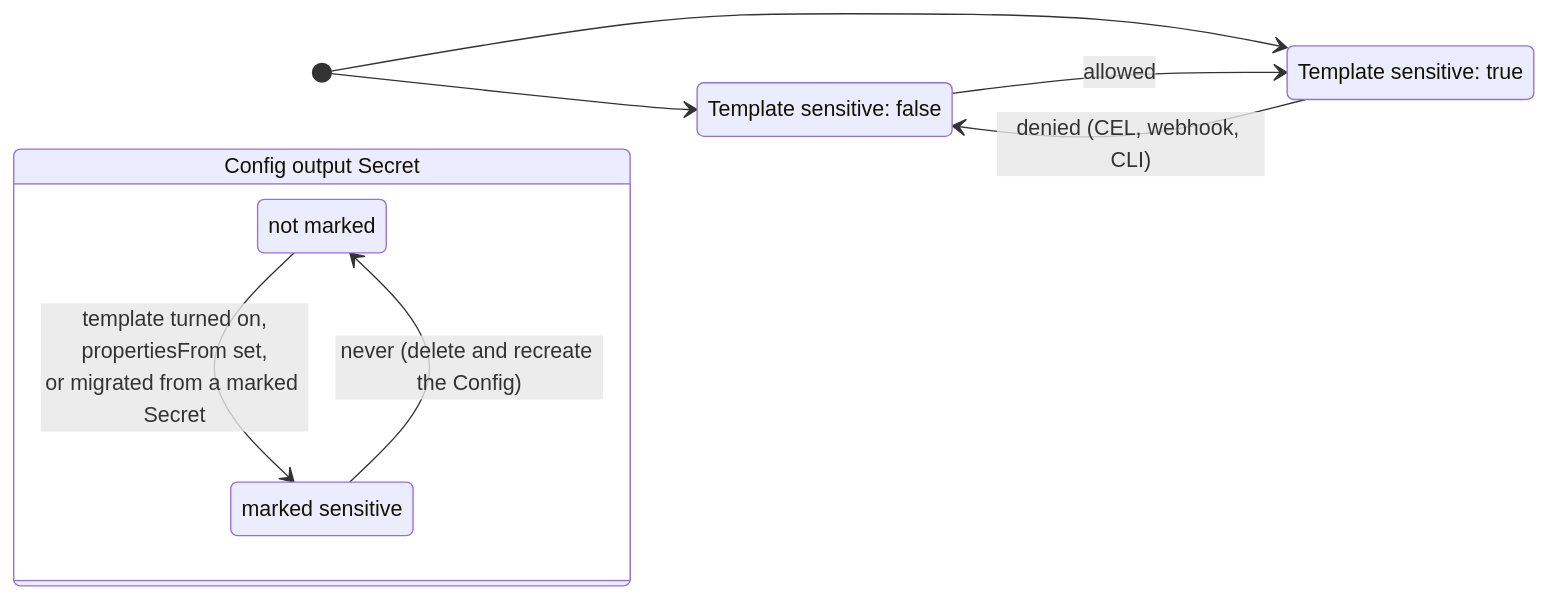
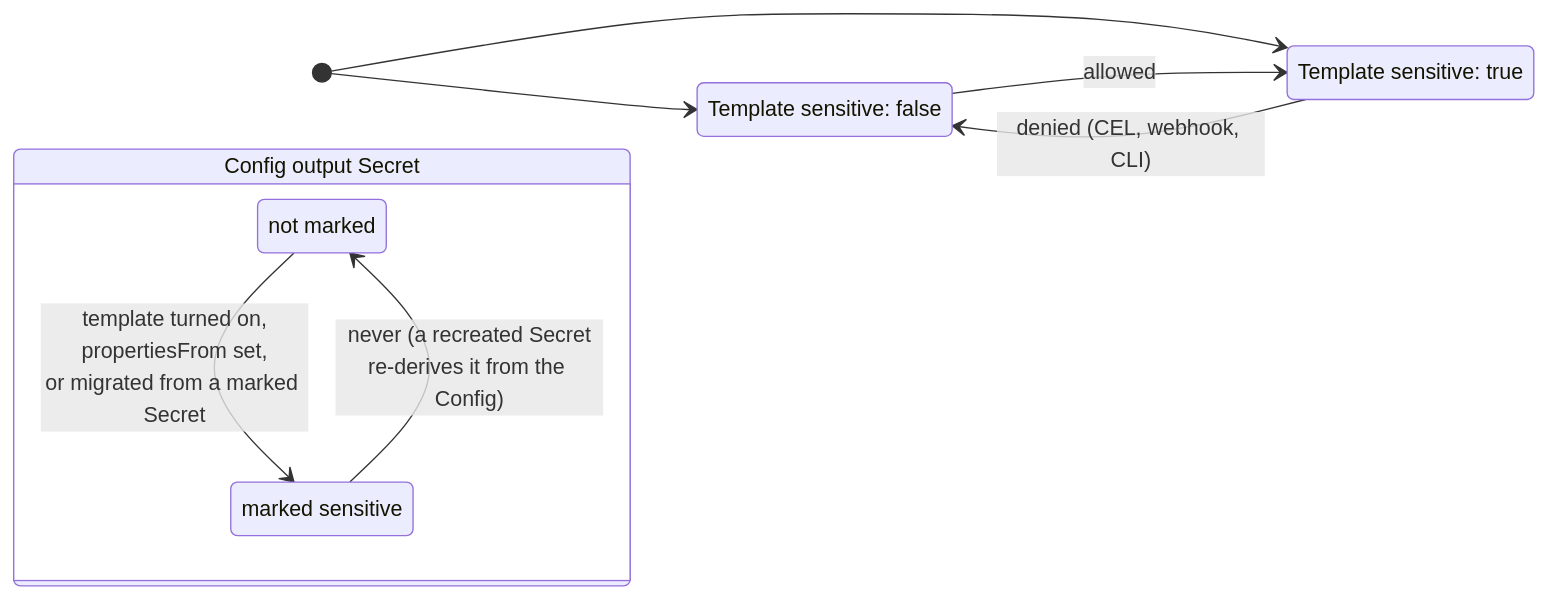
One commit to kubevela/kubevela changed the diagram in design/vela-core/keps/2.18-config-crds/design/05-sensitive-data.md. Above: the diagram before and after it, drawn with Mermaid. The commit also changed other lines of this file and 9 other files, not shown here.

````diff
--- a/design/vela-core/keps/2.18-config-crds/design/05-sensitive-data.md
+++ b/design/vela-core/keps/2.18-config-crds/design/05-sensitive-data.md
@@ -46,17 +46,17 @@
 ```mermaid
 stateDiagram-v2
     direction LR
     state "Template sensitive: false" as off
     state "Template sensitive: true" as on
     [*] --> off
     [*] --> on
     off --> on: allowed
     on --> off: denied (CEL, webhook, CLI)
 
     state "Config output Secret" as sec {
         state "not marked" as nm
         state "marked sensitive" as m
         nm --> m: template turned on,<br/>propertiesFrom set,<br/>or migrated from a marked Secret
-        m --> nm: never (delete and recreate the Config)
+        m --> nm: never (a recreated Secret<br/>re-derives it from the Config)
     }
 ```
````
